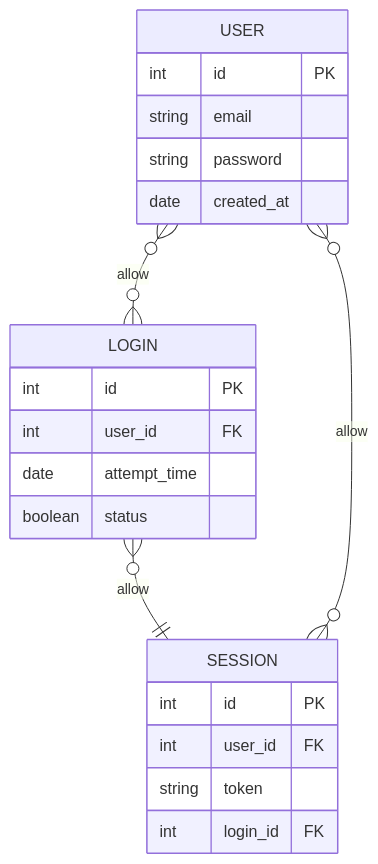
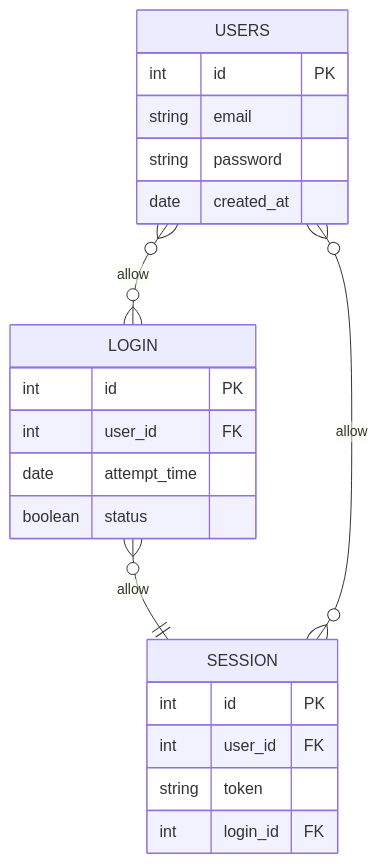
Before and after one commit to mfchrzlmzakky/koda-b1-db4: the diagram in README.MD, drawn with Mermaid. The commit also changed 1 other file, not shown here.

Commit message:
feat: implementing erd to sql

````diff
--- a/README.MD
+++ b/README.MD
@@ -1,29 +1,29 @@
 ```mermaid
 
 erDiagram
 
-USER }o--o{ LOGIN : allow
-USER{
+USERS }o--o{ LOGIN : allow
+USERS{
   int id PK
   string email
   string password
   date created_at
 }
 
 LOGIN }o--|| SESSION : allow
 LOGIN{
   int id PK
   int user_id FK
   date attempt_time
   boolean status
 }
 
-SESSION }o--o{ USER : allow
+SESSION }o--o{ USERS : allow
 SESSION{
   int id PK
   int user_id FK
   string token
   int login_id FK
 }
 
 ```
````
